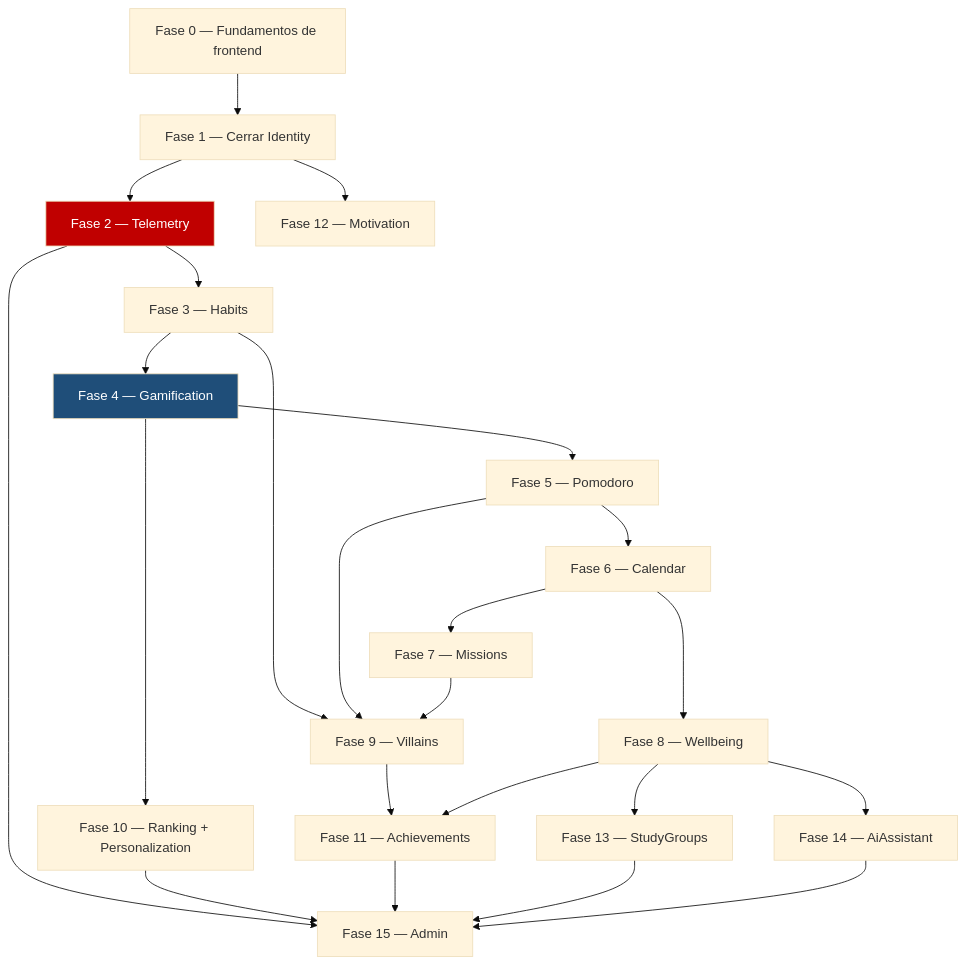
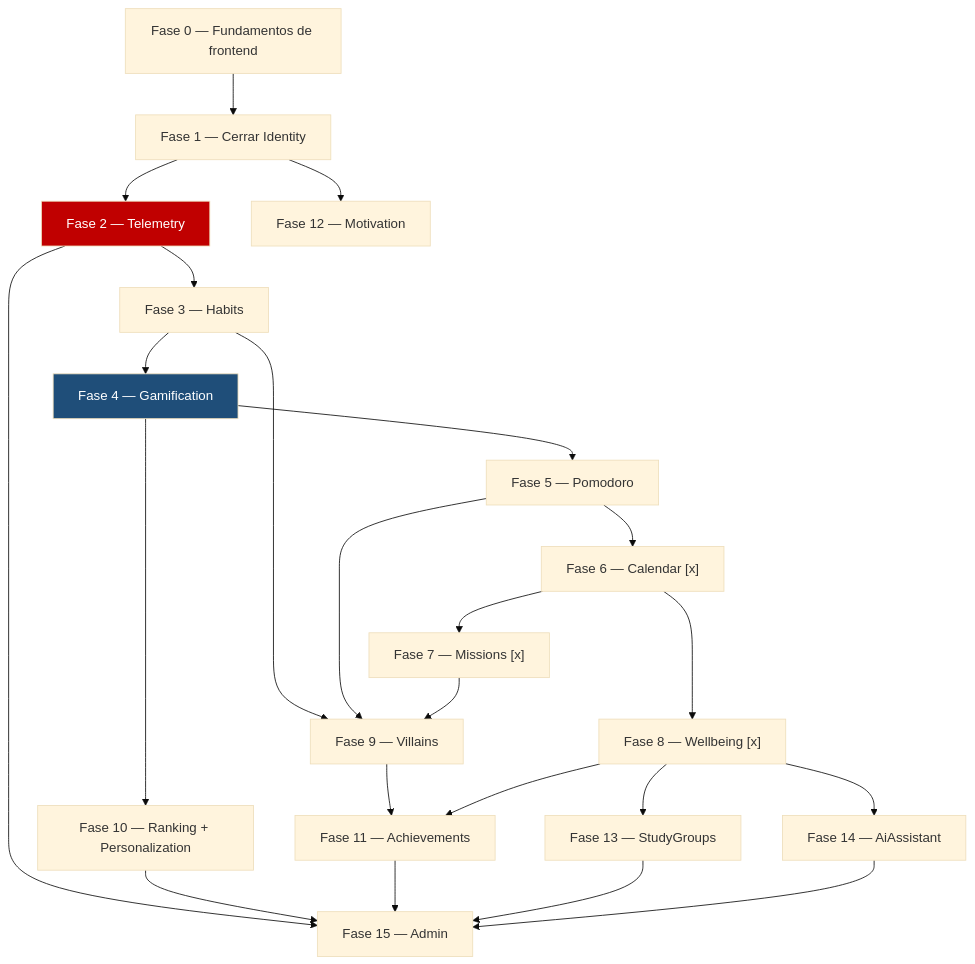
One commit to Chester0802/EpycusApp changed the diagram in docs/13-ROADMAP.md. Above: the diagram before and after it, drawn with Mermaid (base theme). The commit also changed other lines of this file and 35 other files, not shown here.

Commit message:
feat(wellbeing): módulo completo con health fields + missions/pomodoro integration

````diff
--- a/docs/13-ROADMAP.md
+++ b/docs/13-ROADMAP.md
@@ -31,28 +31,28 @@
 ```mermaid
 flowchart TD
     F0["Fase 0 — Fundamentos de frontend"] --> F1["Fase 1 — Cerrar Identity"]
     F1 --> F2["Fase 2 — Telemetry"]
     F2 --> F3["Fase 3 — Habits"]
     F3 --> F4["Fase 4 — Gamification"]
     F4 --> F5["Fase 5 — Pomodoro"]
-    F5 --> F6["Fase 6 — Calendar"]
-    F6 --> F7["Fase 7 — Missions"]
-    F6 --> F8["Fase 8 — Wellbeing"]
+    F5 --> F6["Fase 6 — Calendar [x]"]
+    F6 --> F7["Fase 7 — Missions [x]"]
+    F6 --> F8["Fase 8 — Wellbeing [x]"]
     F3 --> F9["Fase 9 — Villains"]
     F5 --> F9
     F7 --> F9
     F4 --> F10["Fase 10 — Ranking + Personalization"]
     F9 --> F11["Fase 11 — Achievements"]
     F8 --> F11
     F1 --> F12["Fase 12 — Motivation"]
     F8 --> F13["Fase 13 — StudyGroups"]
     F8 --> F14["Fase 14 — AiAssistant"]
     F2 --> F15["Fase 15 — Admin"]
     F10 --> F15
     F11 --> F15
     F13 --> F15
     F14 --> F15
 
     style F2 fill:#c00000,color:#fff
     style F4 fill:#1f4e79,color:#fff
 ```
````
